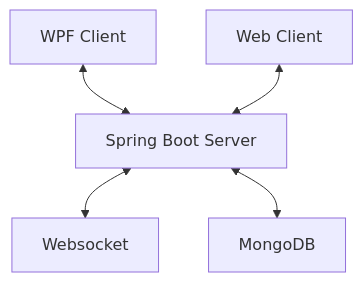
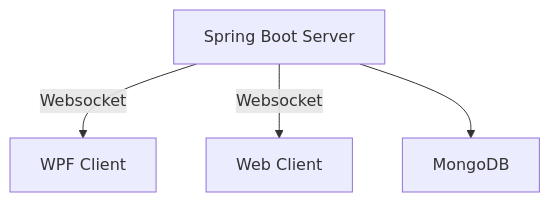
Before and after one commit to sebastiankrallinger/4POS_Semesterprojekt: the first of 5 diagrams in README.md, drawn with Mermaid. The commit also changed other lines of this file, not shown here.

````diff
--- a/README.md
+++ b/README.md
@@ -8,7 +7,6 @@
 ```mermaid
 graph TD;
-  A[WPF Client] <--> C[Spring Boot Server];
-  B[Web Client] <--> C[Spring Boot Server];
-  C[Spring Boot Server] <--> E[Websocket];
-  C[Spring Boot Server] <--> D[MongoDB];
+    A[Spring Boot Server] -->|Websocket| B[WPF Client]
+    A -->|Websocket| C[Web Client]
+    A --> D[MongoDB]
 ```
````
